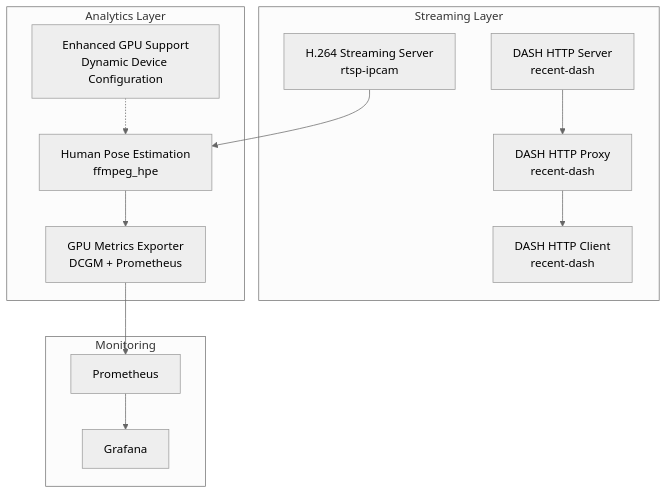
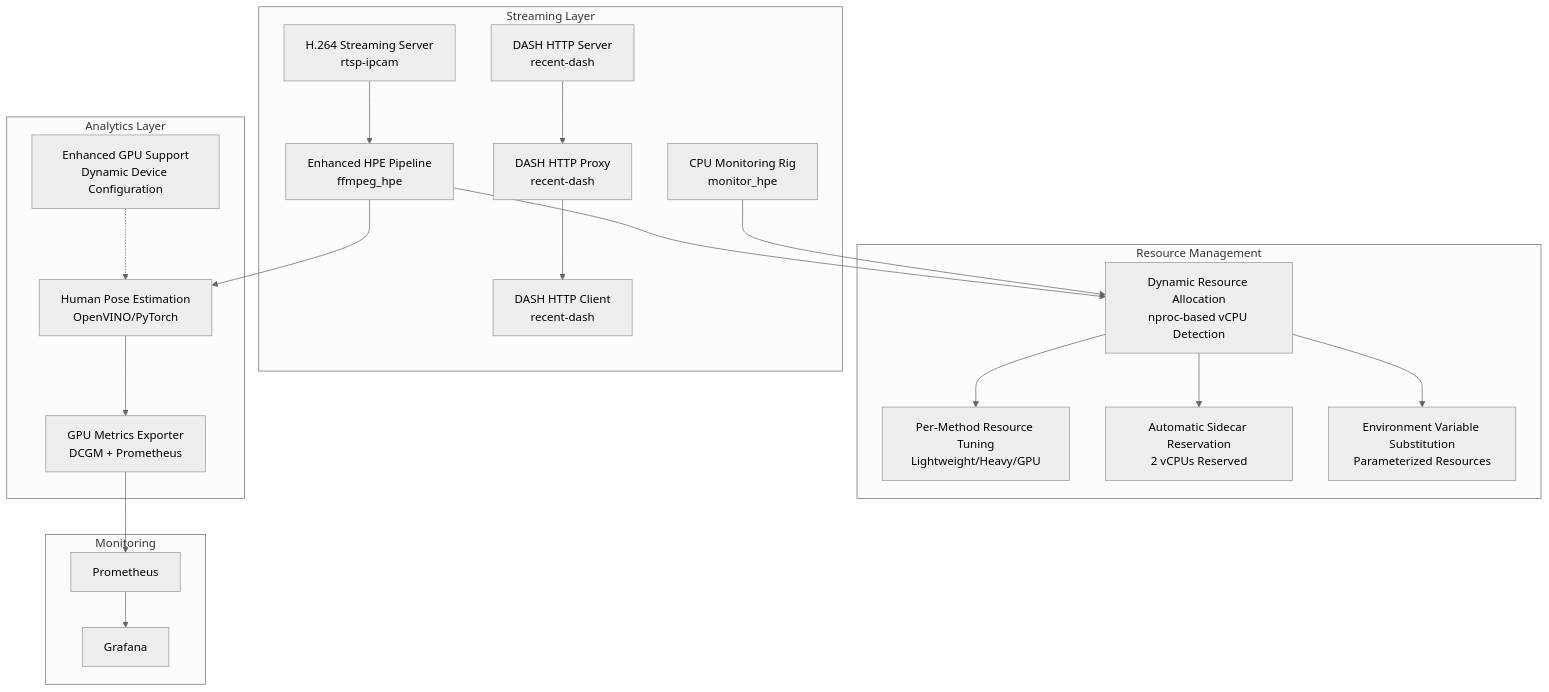
One commit to Fogus-Gr/MeasurementsDTs changed the first of 8 diagrams in .qoder/repowiki/en/content/Deployment Infrastructure/Deployment Infrastructure.md. Above: the diagram before and after it, drawn with Mermaid (neutral theme). The commit also changed other lines of this file and 14 other files, not shown here.

First line of the commit message:
refactor(container): remove CPU optimization scripts and enhance resource allocation

````diff
--- a/.qoder/repowiki/en/content/Deployment Infrastructure/Deployment Infrastructure.md
+++ b/.qoder/repowiki/en/content/Deployment Infrastructure/Deployment Infrastructure.md
@@ -59,23 +71,37 @@
 ```mermaid
 graph TB
 subgraph "Streaming Layer"
 Srv["H.264 Streaming Server<br/>rtsp-ipcam"]
+FFmpegHPE["Enhanced HPE Pipeline<br/>ffmpeg_hpe"]
+MonitorHPE["CPU Monitoring Rig<br/>monitor_hpe"]
 DashSrv["DASH HTTP Server<br/>recent-dash"]
 DashProxy["DASH HTTP Proxy<br/>recent-dash"]
 DashClient["DASH HTTP Client<br/>recent-dash"]
 end
+subgraph "Resource Management"
+DynAlloc["Dynamic Resource Allocation<br/>nproc-based vCPU Detection"]
+PerMethod["Per-Method Resource Tuning<br/>Lightweight/Heavy/GPU"]
+SidecarRes["Automatic Sidecar Reservation<br/>2 vCPUs Reserved"]
+EnvSubst["Environment Variable Substitution<br/>Parameterized Resources"]
+end
 subgraph "Analytics Layer"
-HPE["Human Pose Estimation<br/>ffmpeg_hpe"]
+HPE["Human Pose Estimation<br/>OpenVINO/PyTorch"]
 Metrics["GPU Metrics Exporter<br/>DCGM + Prometheus"]
 EnhancedGPU["Enhanced GPU Support<br/>Dynamic Device Configuration"]
 end
 subgraph "Monitoring"
 Prom["Prometheus"]
 Graf["Grafana"]
 end
-Srv --> HPE
+Srv --> FFmpegHPE
+FFmpegHPE --> DynAlloc
+MonitorHPE --> DynAlloc
+DynAlloc --> PerMethod
+DynAlloc --> SidecarRes
+DynAlloc --> EnvSubst
+FFmpegHPE --> HPE
 DashSrv --> DashProxy --> DashClient
 HPE --> Metrics
 Metrics --> Prom --> Graf
 EnhancedGPU -.-> HPE
 ```
````
